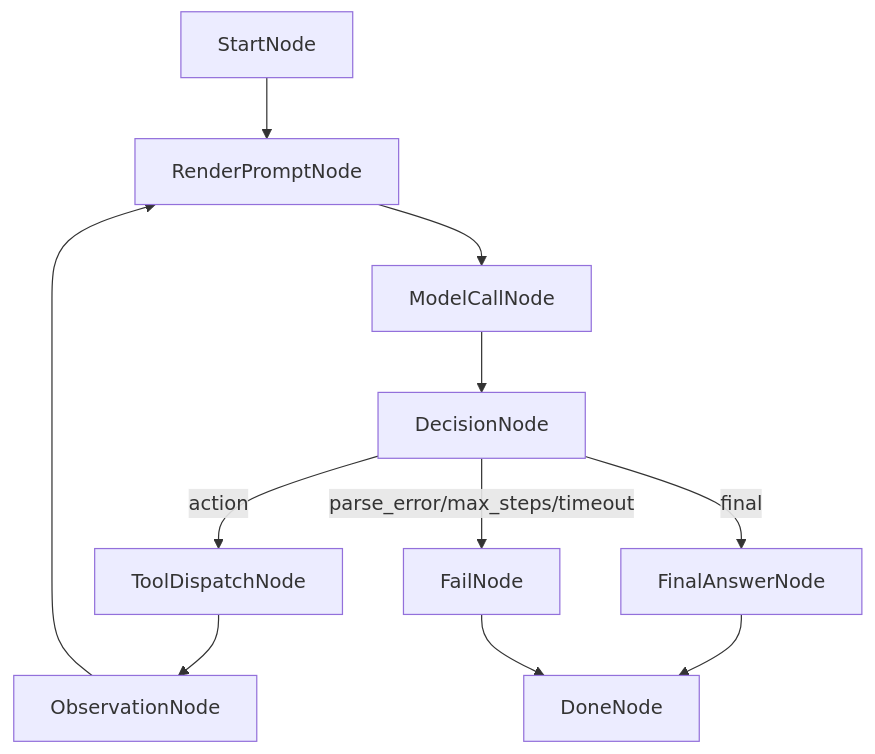
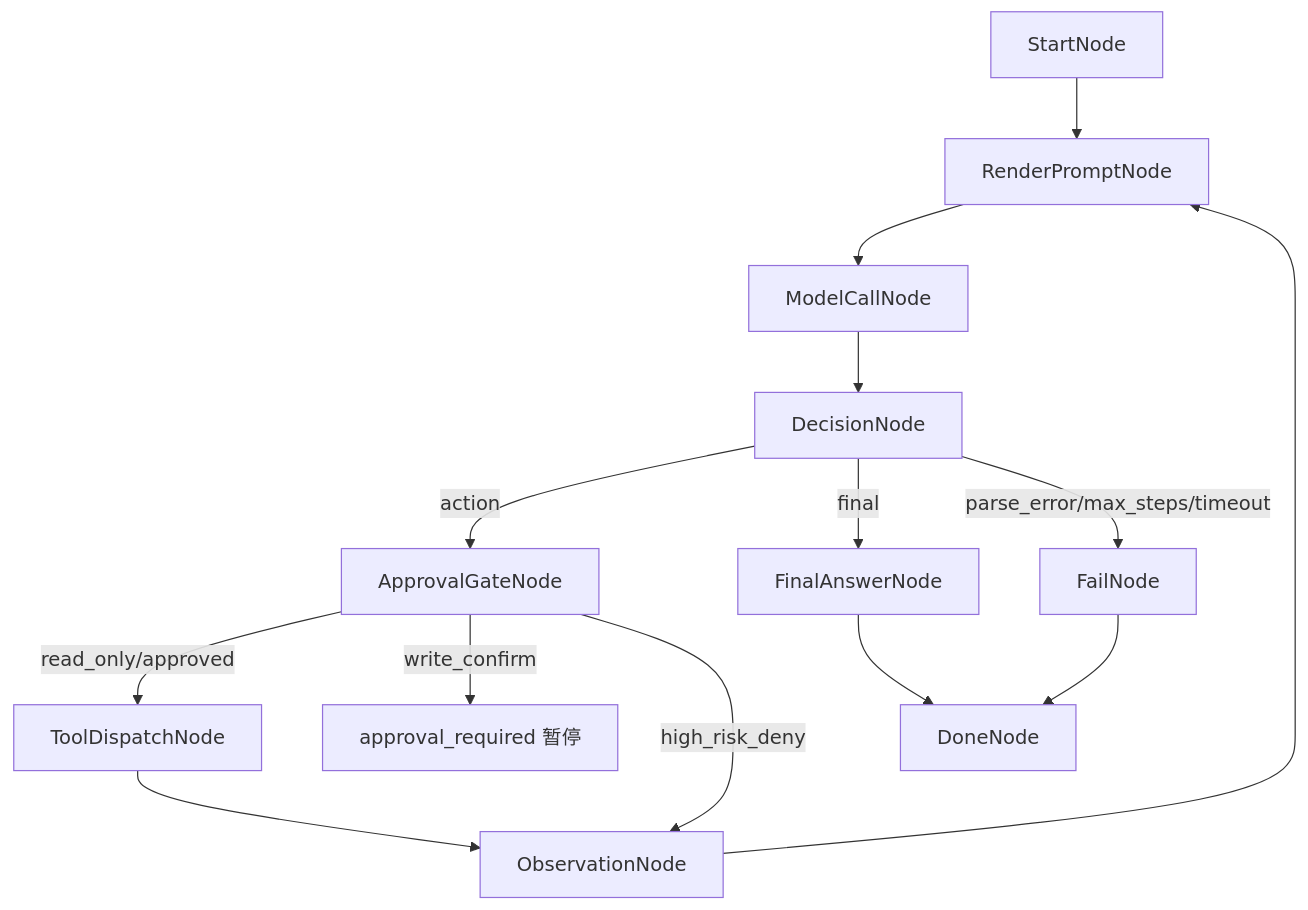
The diagram in docs/design/agent-loop.md (lunalhx/Loom_Agent), drawn with Mermaid before and after one commit. The commit also changed other lines of this file and 33 other files, not shown here.

````diff
--- a/docs/design/agent-loop.md
+++ b/docs/design/agent-loop.md
@@ -9,13 +9,16 @@
 ```mermaid
 flowchart TD
     A["StartNode"] --> B["RenderPromptNode"]
     B --> C["ModelCallNode"]
     C --> D["DecisionNode"]
-    D -->|action| E["ToolDispatchNode"]
-    E --> F["ObservationNode"]
-    F --> B
-    D -->|final| G["FinalAnswerNode"]
+    D -->|action| E["ApprovalGateNode"]
+    E -->|read_only/approved| F["ToolDispatchNode"]
+    E -->|write_confirm| J["approval_required 暂停"]
+    E -->|high_risk_deny| G["ObservationNode"]
+    F --> G
+    G --> B
+    D -->|final| K["FinalAnswerNode"]
     D -->|parse_error/max_steps/timeout| H["FailNode"]
-    G --> I["DoneNode"]
+    K --> I["DoneNode"]
     H --> I
 ```
````
